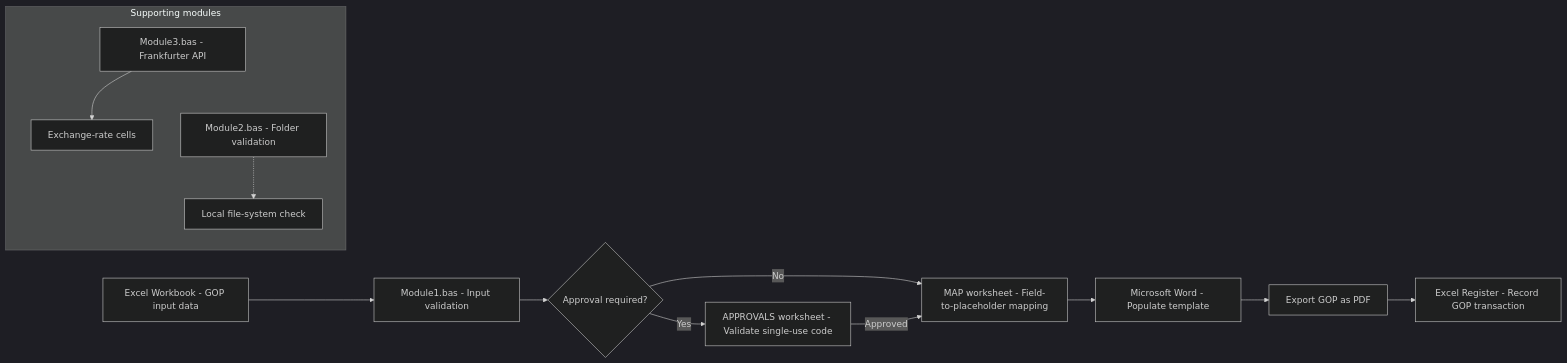
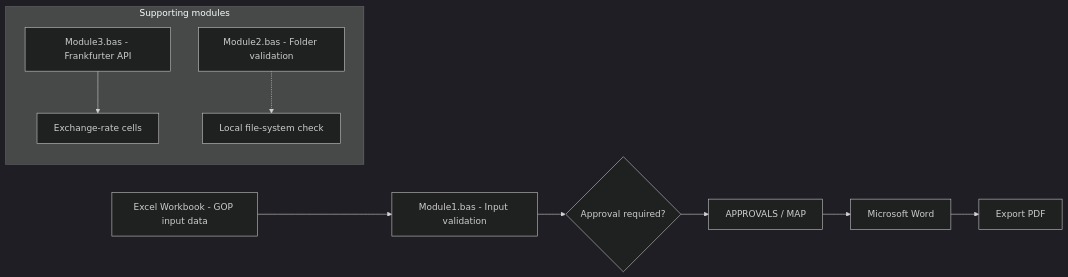
One commit to LebsLabs/GOP-Generator changed the diagram in docs/ARCHITECTURE.md. Above: the diagram before and after it, drawn with Mermaid (dark theme).

Commit message:
Refactor flowchart in ARCHITECTURE.md
Simplified the flowchart by merging approval and mapping steps, and updated the connections to reflect the new structure.

````diff
--- a/docs/ARCHITECTURE.md
+++ b/docs/ARCHITECTURE.md
@@ -25,19 +25,15 @@
 ```mermaid
 flowchart LR
     A["Excel Workbook - GOP input data"] --> B["Module1.bas - Input validation"]
     B --> C{"Approval required?"}
-    C -->|Yes| D["APPROVALS worksheet - Validate single-use code"]
-    C -->|No| E["MAP worksheet - Field-to-placeholder mapping"]
-    D -->|Approved| E
-    E --> F["Microsoft Word - Populate template"]
-    F --> G["Export GOP as PDF"]
-    G --> H["Excel Register - Record GOP transaction"]
+    C --> D["APPROVALS / MAP"]
+    D --> F["Microsoft Word"]
+    F --> G["Export PDF"]
 
-     subgraph SUPPORT["Supporting modules"]
+    subgraph SUPPORT["Supporting modules"]
         direction TB
         I["Module3.bas - Frankfurter API"] --> J["Exchange-rate cells"]
         K["Module2.bas - Folder validation"] -.-> L["Local file-system check"]
     end
-    I ~~~ K
     
 ```
````
